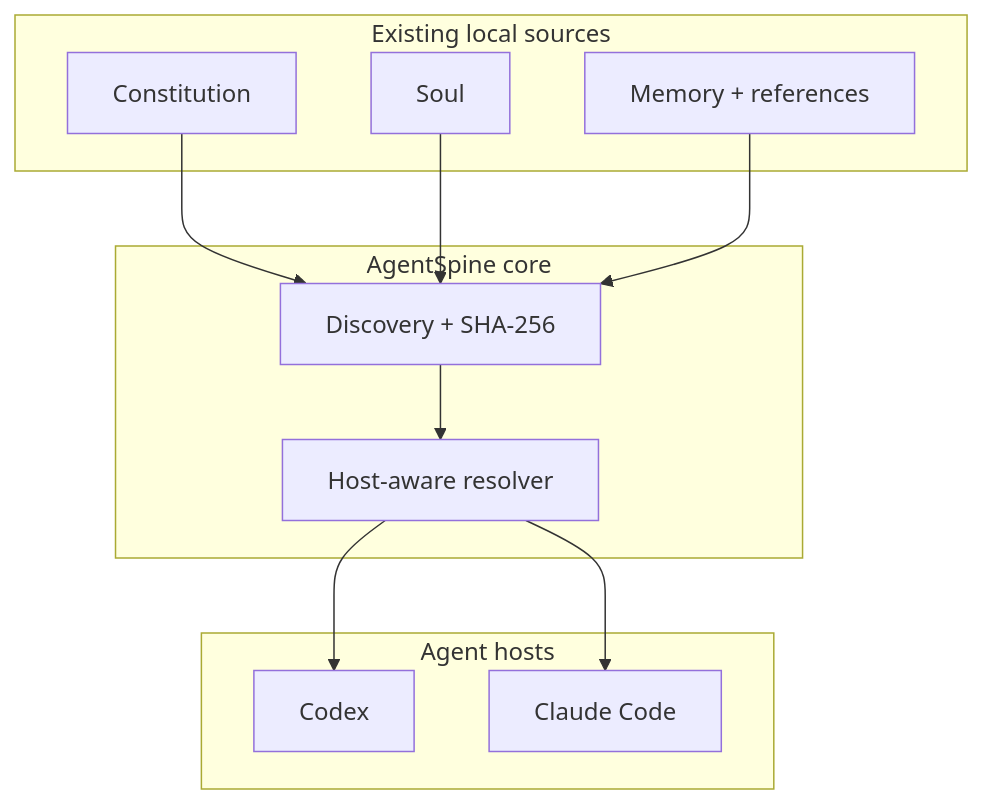
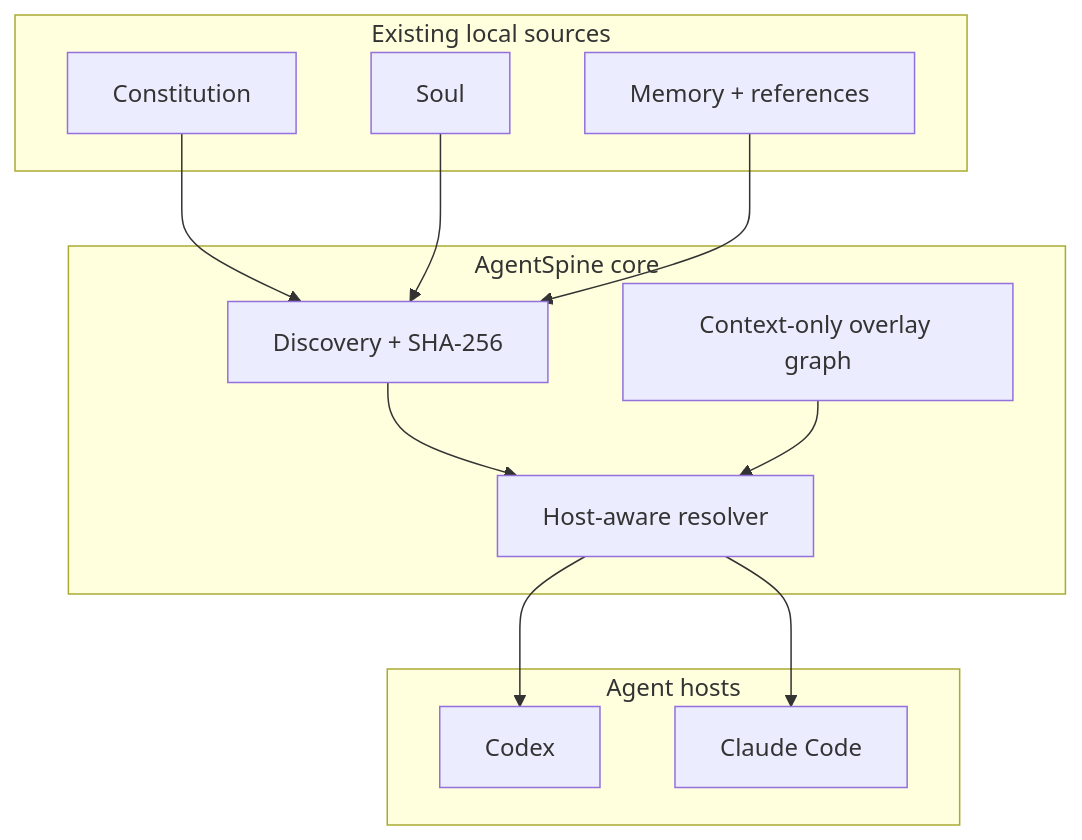
The first of 3 diagrams in docs/architecture.md (Maykbiletti/AgentSpine), drawn with Mermaid before and after one commit. The commit also changed other lines of this file and 28 other files, not shown here.

````diff
--- a/docs/architecture.md
+++ b/docs/architecture.md
@@ -7,22 +7,24 @@
 ```mermaid
 flowchart TB
     subgraph Sources["Existing local sources"]
       C["Constitution"]
       S["Soul"]
       M["Memory + references"]
     end
     subgraph Core["AgentSpine core"]
       D["Discovery + SHA-256"]
       R["Host-aware resolver"]
+      G["Context-only overlay graph"]
     end
     subgraph Hosts["Agent hosts"]
       X["Codex"]
       L["Claude Code"]
     end
     C --> D
     S --> D
     M --> D
     D --> R
+    G --> R
     R --> X
     R --> L
 ```
````
